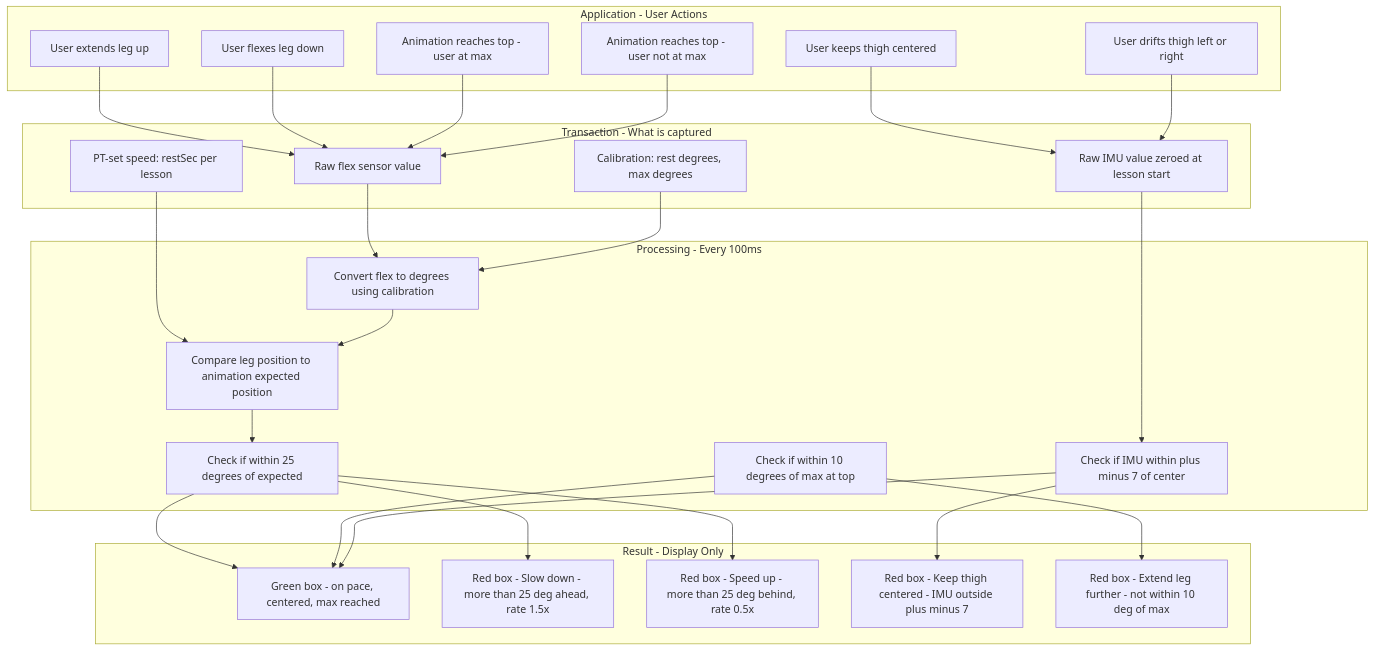
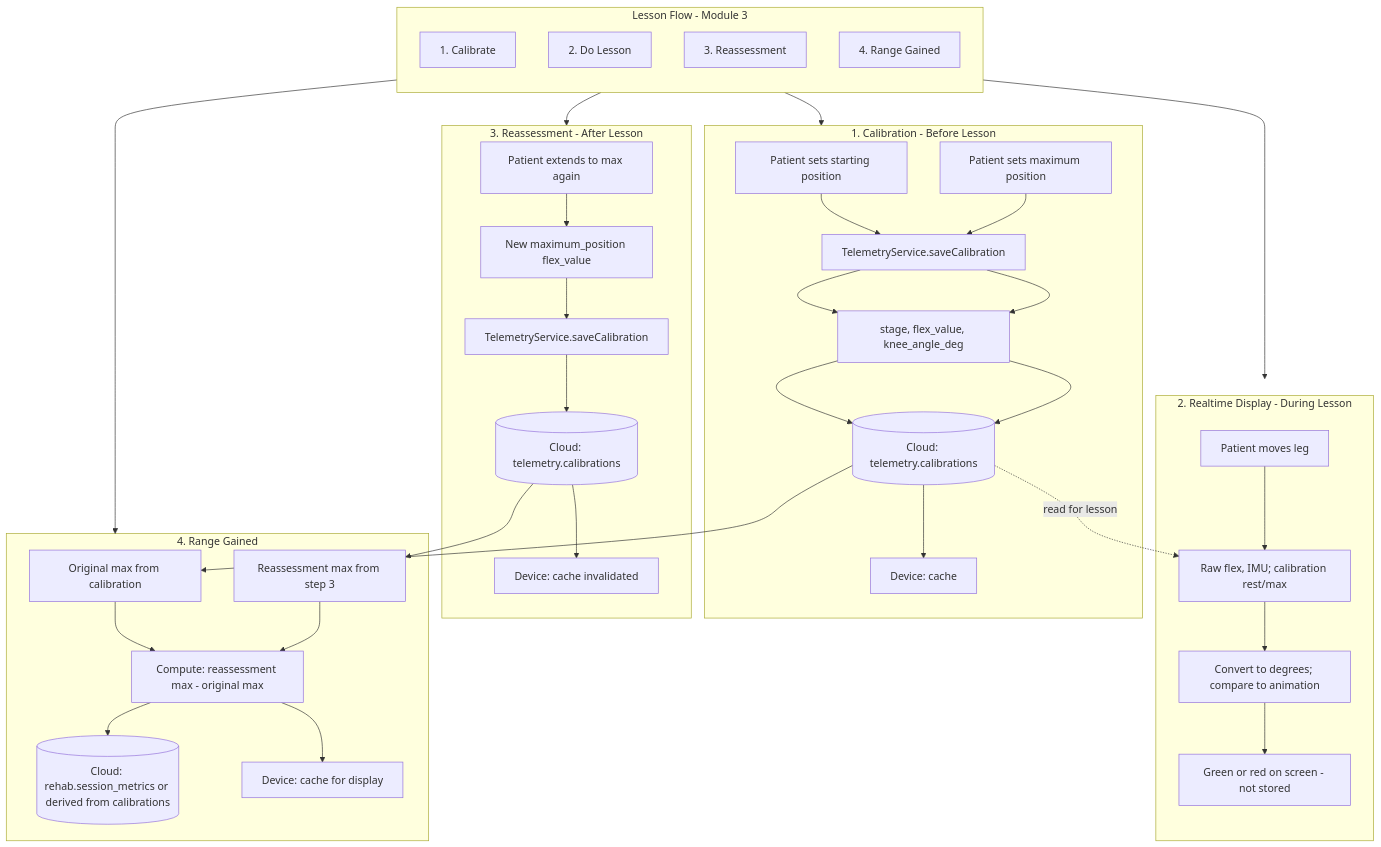
Before and after one commit to seanja5/realrehab-mvp: the second of 6 diagrams in docs/DATA_FLOW.md, drawn with Mermaid. The commit also changed other lines of this file and 1 other file, not shown here.

Commit message:
Add calibration, reassessment, and range gained to Lesson Engine module in data flow docs

````diff
--- a/docs/DATA_FLOW.md
+++ b/docs/DATA_FLOW.md
@@ -163,54 +160,60 @@
 ```mermaid
 flowchart TB
-    subgraph appLE [Application - User Actions]
-        LE1[User extends leg up]
-        LE2[User flexes leg down]
-        LE3[User keeps thigh centered]
-        LE4[User drifts thigh left or right]
-        LE5[Animation reaches top - user at max]
-        LE6[Animation reaches top - user not at max]
+    subgraph flow [Lesson Flow - Module 3]
+        direction TB
+        F1[1. Calibrate]
+        F2[2. Do Lesson]
+        F3[3. Reassessment]
+        F4[4. Range Gained]
     end
 
-    subgraph txLE [Transaction - What is captured]
-        TLE1[Raw flex sensor value]
-        TLE2[Raw IMU value zeroed at lesson start]
-        TLE3[Calibration: rest degrees, max degrees]
-        TLE4[PT-set speed: restSec per lesson]
+    subgraph cal [1. Calibration - Before Lesson]
+        AC1[Patient sets starting position]
+        AC2[Patient sets maximum position]
+        TC1[stage, flex_value, knee_angle_deg]
+        PC1[TelemetryService.saveCalibration]
+        DC1[(Cloud: telemetry.calibrations)]
+        DC2[Device: cache]
     end
 
-    subgraph procLE [Processing - Every 100ms]
-        PLE1[Convert flex to degrees using calibration]
-        PLE2[Compare leg position to animation expected position]
-        PLE3[Check if within 25 degrees of expected]
-        PLE4[Check if within 10 degrees of max at top]
-        PLE5[Check if IMU within plus minus 7 of center]
+    subgraph lesson [2. Realtime Display - During Lesson]
+        AL1[Patient moves leg]
+        TL1[Raw flex, IMU; calibration rest/max]
+        PL1[Convert to degrees; compare to animation]
+        RL1[Green or red on screen - not stored]
     end
 
-    subgraph resultLE [Result - Display Only]
-        R1[Green box - on pace, centered, max reached]
-        R2[Red box - Slow down - more than 25 deg ahead, rate 1.5x]
-        R3[Red box - Speed up - more than 25 deg behind, rate 0.5x]
-        R4[Red box - Keep thigh centered - IMU outside plus minus 7]
-        R5[Red box - Extend leg further - not within 10 deg of max]
+    subgraph reassess [3. Reassessment - After Lesson]
+        AR1[Patient extends to max again]
+        TR1[New maximum_position flex_value]
+        PR1[TelemetryService.saveCalibration]
+        DR1[(Cloud: telemetry.calibrations)]
+        DR2[Device: cache invalidated]
     end
 
-    LE1 --> TLE1
-    LE2 --> TLE1
-    LE3 --> TLE2
-    LE4 --> TLE2
-    LE5 --> TLE1
-    LE6 --> TLE1
-    TLE1 --> PLE1
-    TLE2 --> PLE5
-    TLE3 --> PLE1
-    TLE4 --> PLE2
-    PLE1 --> PLE2
-    PLE2 --> PLE3
-    PLE3 --> R1
-    PLE3 --> R2
-    PLE3 --> R3
-    PLE4 --> R1
-    PLE4 --> R5
-    PLE5 --> R1
-    PLE5 --> R4
+    subgraph range [4. Range Gained]
+        TR2[Original max from calibration]
+        TR3[Reassessment max from step 3]
+        PR2[Compute: reassessment max - original max]
+        DR3[(Cloud: rehab.session_metrics or derived from calibrations)]
+        DR4[Device: cache for display]
+    end
+
+    F1 --> cal
+    F2 --> lesson
+    F3 --> reassess
+    F4 --> range
+    AC1 --> PC1 --> TC1 --> DC1
+    AC2 --> PC1 --> TC1 --> DC1
+    DC1 --> DC2
+    AL1 --> TL1 --> PL1 --> RL1
+    DC1 -.->|read for lesson| TL1
+    AR1 --> TR1 --> PR1 --> DR1
+    DR1 --> DR2
+    DR1 --> TR3
+    DC1 --> TR2
+    TR2 --> PR2
+    TR3 --> PR2
+    PR2 --> DR3
+    PR2 --> DR4
 ```
````
